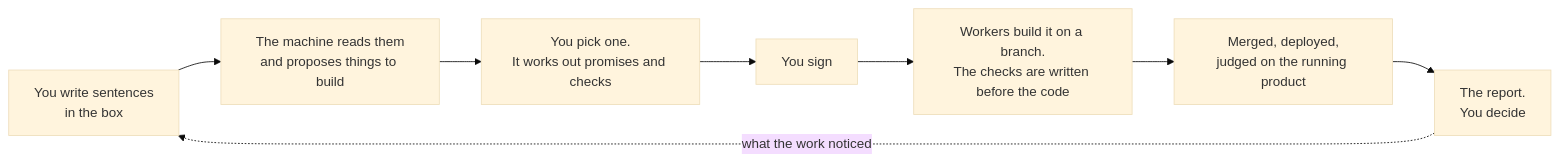
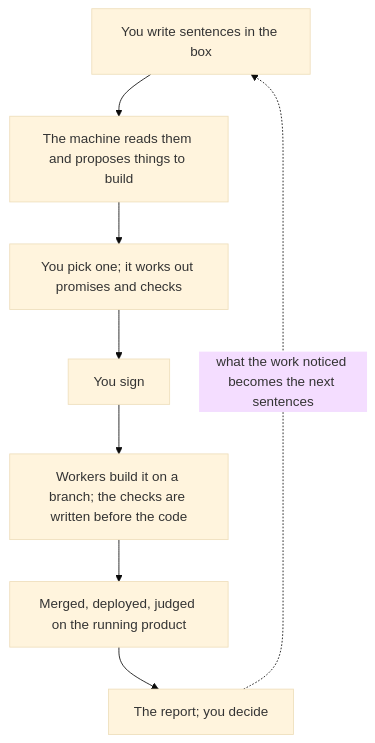
Before and after one commit to thinkube/thinkube-tandem: the diagram in docs/modules/tandem/pages/index.adoc, drawn with Mermaid (base theme).

Commit message:
The path on the index page reads top to bottom, so it is legible in the column

```diff
--- a/docs/modules/tandem/pages/index.adoc
+++ b/docs/modules/tandem/pages/index.adoc
@@ -19,11 +19,11 @@
 [mermaid]
 ....
-flowchart LR
-  A["You write sentences<br/>in the box"] --> B["The machine reads them<br/>and proposes things to build"]
-  B --> C["You pick one.<br/>It works out promises and checks"]
+flowchart TB
+  A["You write sentences in the box"] --> B["The machine reads them and proposes things to build"]
+  B --> C["You pick one; it works out promises and checks"]
   C --> D["You sign"]
-  D --> E["Workers build it on a branch.<br/>The checks are written before the code"]
-  E --> F["Merged, deployed,<br/>judged on the running product"]
-  F --> G["The report.<br/>You decide"]
-  G -. "what the work noticed" .-> A
+  D --> E["Workers build it on a branch; the checks are written before the code"]
+  E --> F["Merged, deployed, judged on the running product"]
+  F --> G["The report; you decide"]
+  G -. "what the work noticed becomes the next sentences" .-> A
 ....
```
